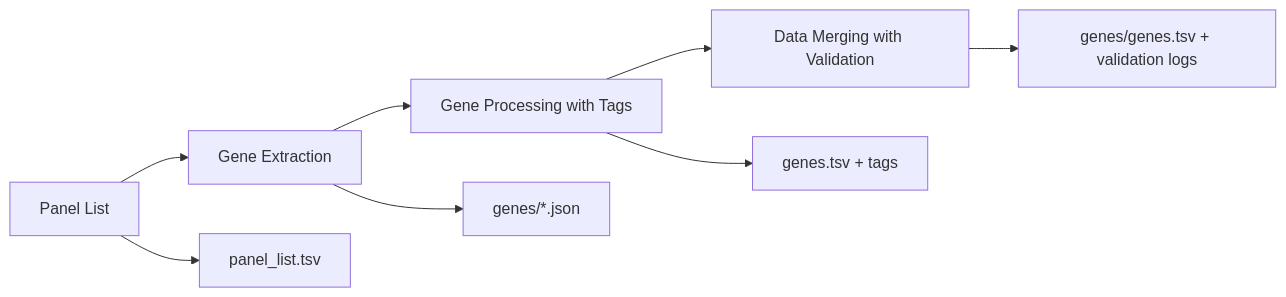
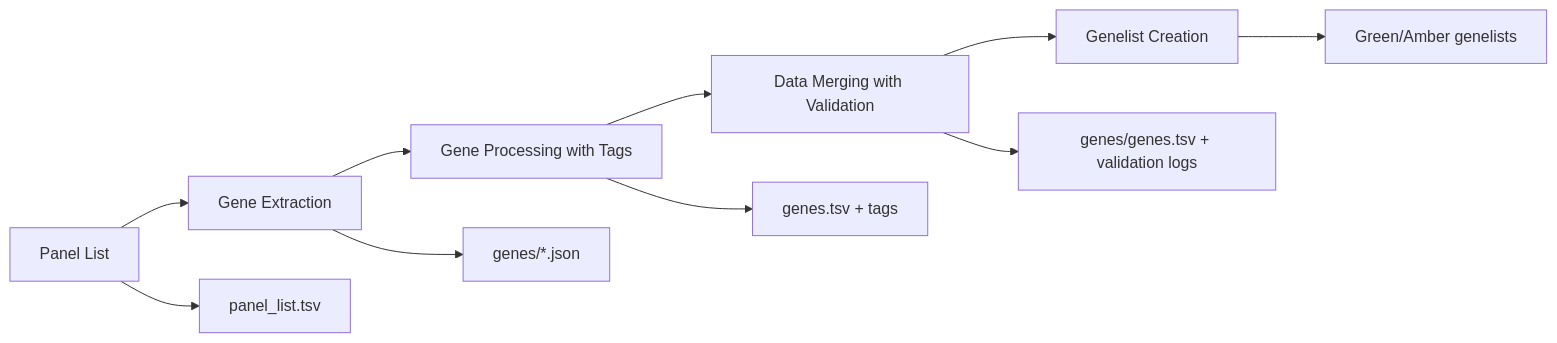
Before and after one commit to ChrisRem85/PanelAppAusDB: the diagram in README.md, drawn with Mermaid. The commit also changed other lines of this file and 3 other files, not shown here.

````diff
--- a/README.md
+++ b/README.md
@@ -203,10 +212,12 @@
 ```mermaid
 graph LR
     A[Panel List] --> B[Gene Extraction]
     B --> C[Gene Processing with Tags] 
     C --> D[Data Merging with Validation]
+    D --> I[Genelist Creation]
     A --> E[panel_list.tsv]
     B --> F[genes/*.json]
     C --> G[genes.tsv + tags]
     D --> H[genes/genes.tsv + validation logs]
+    I --> J[Green/Amber genelists]
 ```
````
